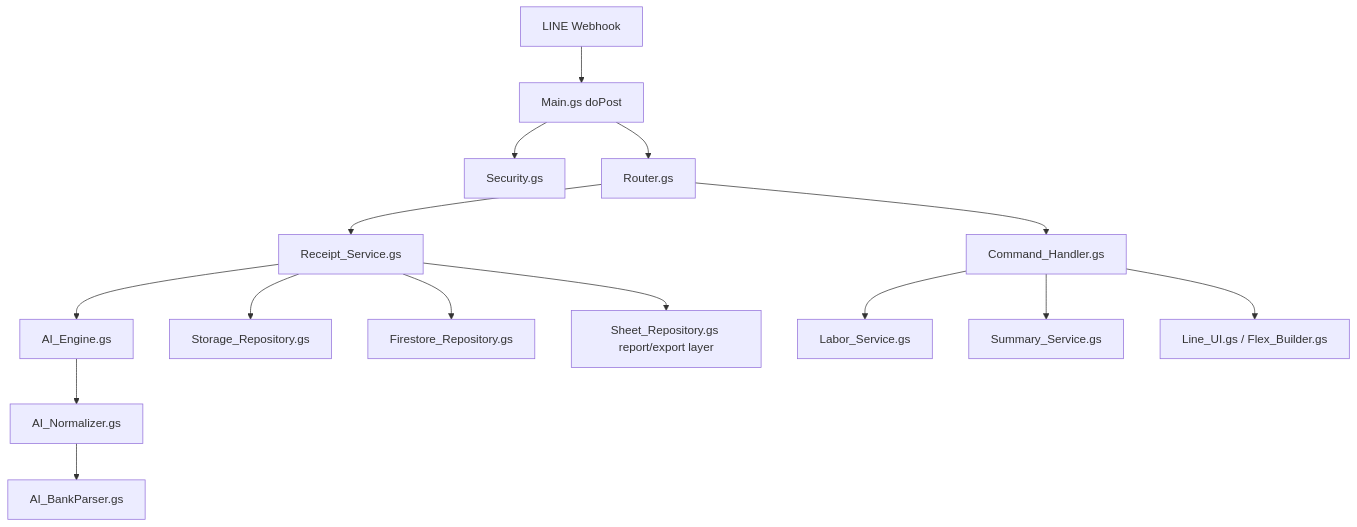
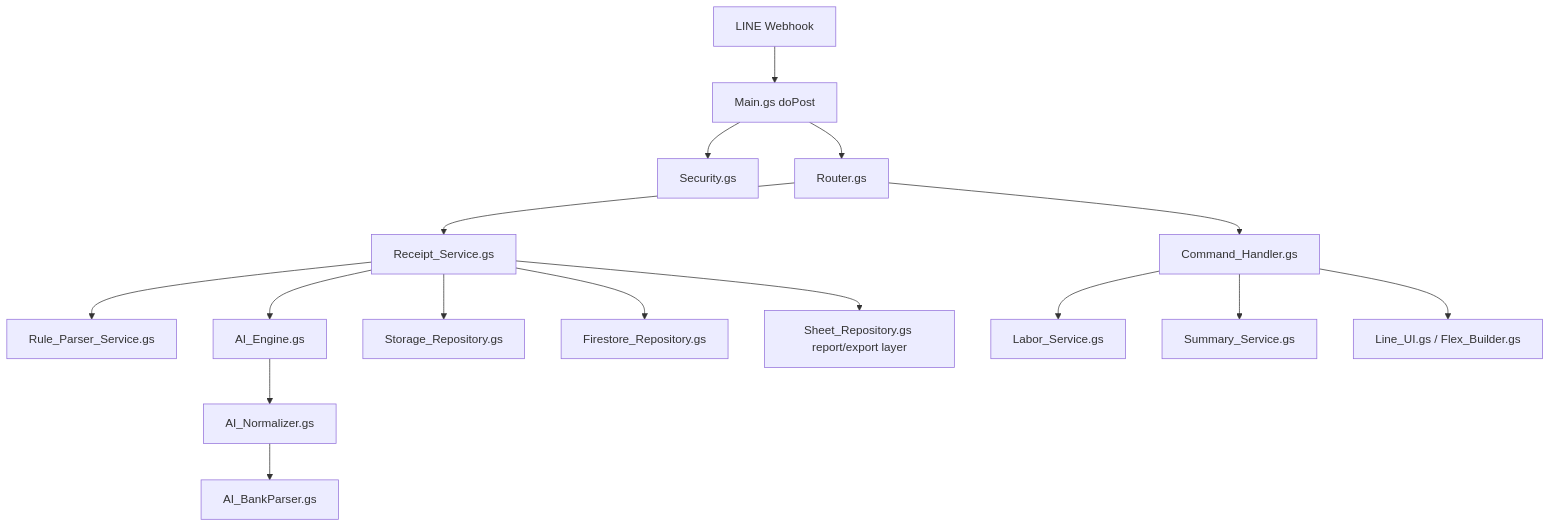
Before and after one commit to SatongLuvAom/line-finance-bot: the first of 4 diagrams in docs/ARCHITECTURE.md, drawn with Mermaid. The commit also changed other lines of this file and 18 other files, not shown here.

````diff
--- a/docs/ARCHITECTURE.md
+++ b/docs/ARCHITECTURE.md
@@ -25,17 +45,18 @@
 ```mermaid
 flowchart TD
   LINE["LINE Webhook"] --> Main["Main.gs doPost"]
   Main --> Security["Security.gs"]
   Main --> Router["Router.gs"]
   Router --> Commands["Command_Handler.gs"]
   Router --> Receipt["Receipt_Service.gs"]
+  Receipt --> Rules["Rule_Parser_Service.gs"]
   Receipt --> AI["AI_Engine.gs"]
   AI --> Normalizer["AI_Normalizer.gs"]
   Normalizer --> Bank["AI_BankParser.gs"]
   Receipt --> Storage["Storage_Repository.gs"]
   Receipt --> Firestore["Firestore_Repository.gs"]
   Receipt --> Sheet["Sheet_Repository.gs report/export layer"]
   Commands --> Labor["Labor_Service.gs"]
   Commands --> Summary["Summary_Service.gs"]
   Commands --> UI["Line_UI.gs / Flex_Builder.gs"]
 ```
````
